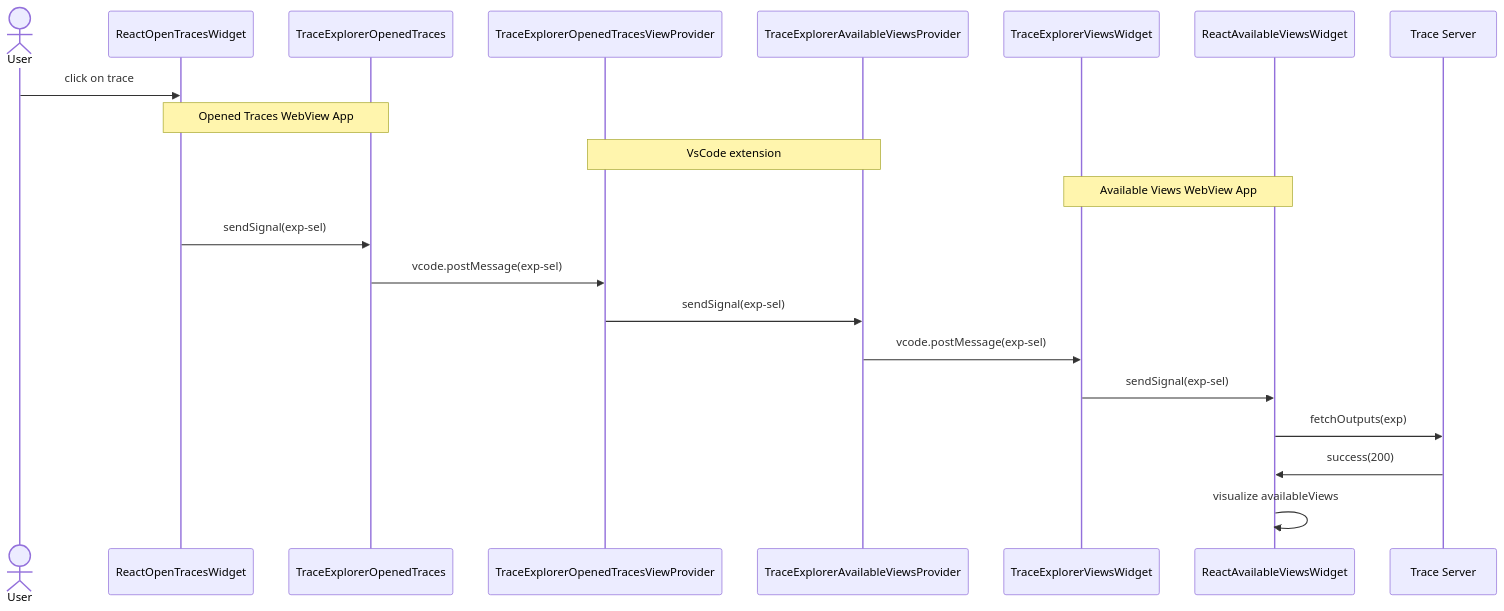
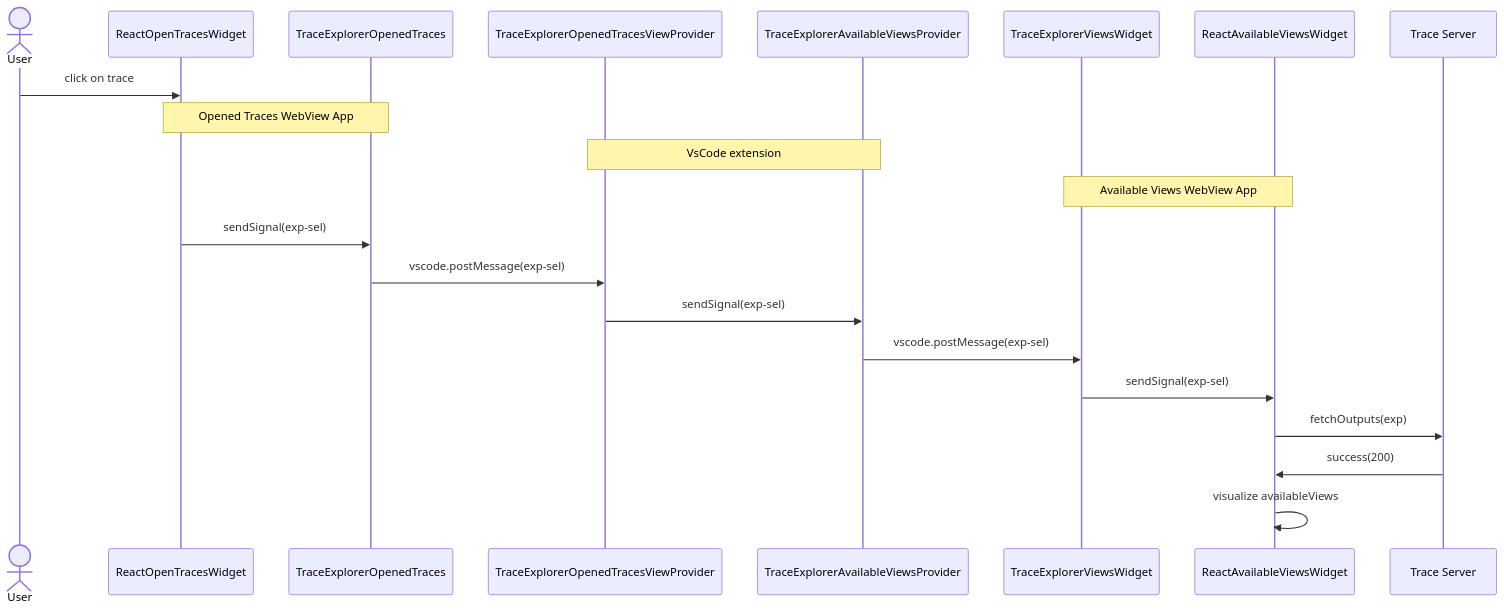
Before and after one commit to eclipse-cdt-cloud/vscode-trace-extension: the diagram in README.md, drawn with Mermaid.

Commit message:
README: Fix typo(s) in the Mermaid sequenceDiagram

````diff
--- a/README.md
+++ b/README.md
@@ -77,23 +77,23 @@
 ```mermaid
 sequenceDiagram
     actor User
     participant reactOpenTraces as ReactOpenTracesWidget
     participant explorerOpenTraces as TraceExplorerOpenedTraces
     participant exOpenTraceProvider as TraceExplorerOpenedTracesViewProvider
     participant exViewsAvailProvider as TraceExplorerAvailableViewsProvider
     participant explorerAvailView as TraceExplorerViewsWidget
     participant reactAvailViewsexplorerOpenTraces as ReactAvailableViewsWidget
     participant server as Trace Server
     User->>reactOpenTraces: click on trace
     Note over reactOpenTraces,explorerOpenTraces: Opened Traces WebView App
     Note over exOpenTraceProvider,exViewsAvailProvider: VsCode extension
     Note over explorerAvailView,reactAvailViewsexplorerOpenTraces: Available Views WebView App
     reactOpenTraces->>explorerOpenTraces: sendSignal(exp-sel)
-    explorerOpenTraces->>exOpenTraceProvider: vcode.postMessage(exp-sel)
+    explorerOpenTraces->>exOpenTraceProvider: vscode.postMessage(exp-sel)
     exOpenTraceProvider->>exViewsAvailProvider: sendSignal(exp-sel)
-    exViewsAvailProvider->>explorerAvailView: vcode.postMessage(exp-sel)
+    exViewsAvailProvider->>explorerAvailView: vscode.postMessage(exp-sel)
     explorerAvailView->>reactAvailViewsexplorerOpenTraces: sendSignal(exp-sel)
     reactAvailViewsexplorerOpenTraces->>server: fetchOutputs(exp)
     server->>reactAvailViewsexplorerOpenTraces: success(200)
     reactAvailViewsexplorerOpenTraces->>reactAvailViewsexplorerOpenTraces: visualize availableViews
 ```
````
